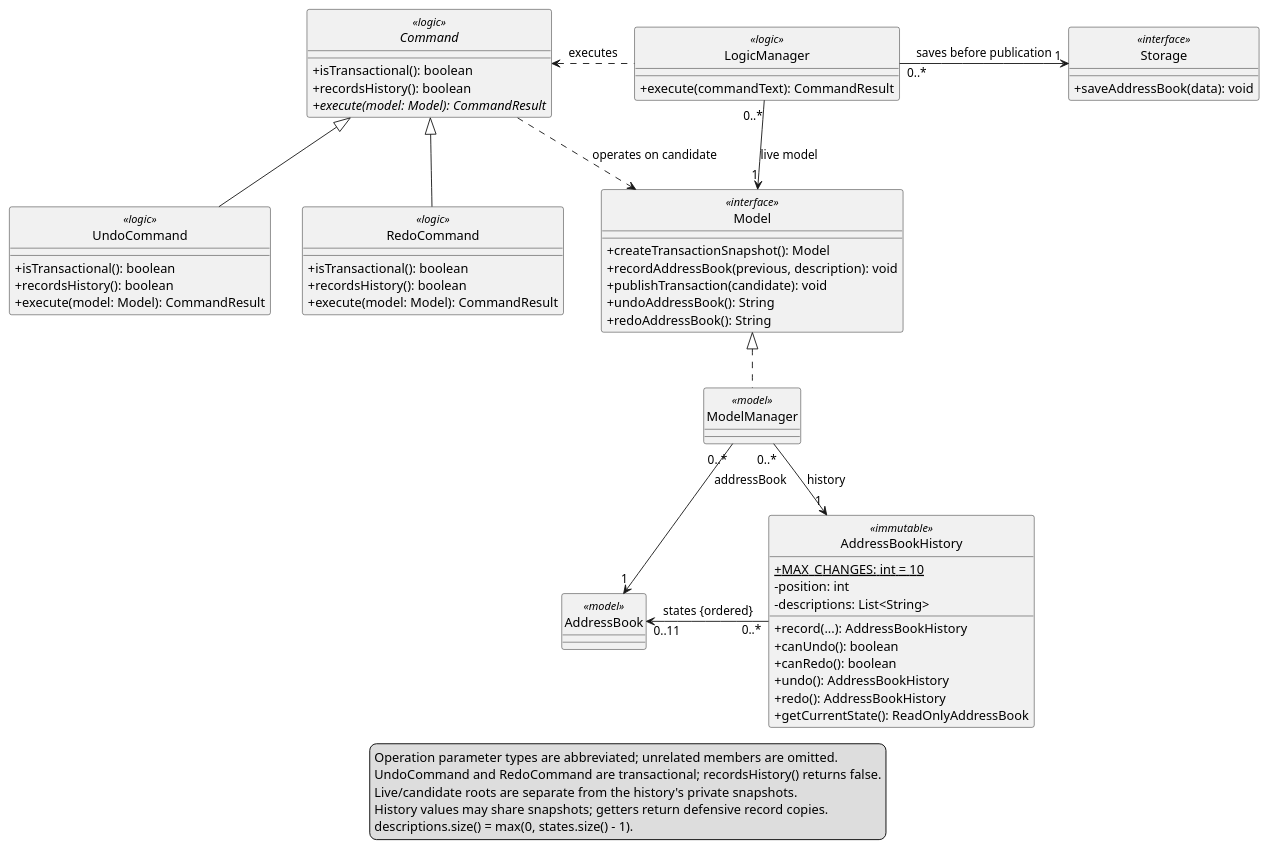
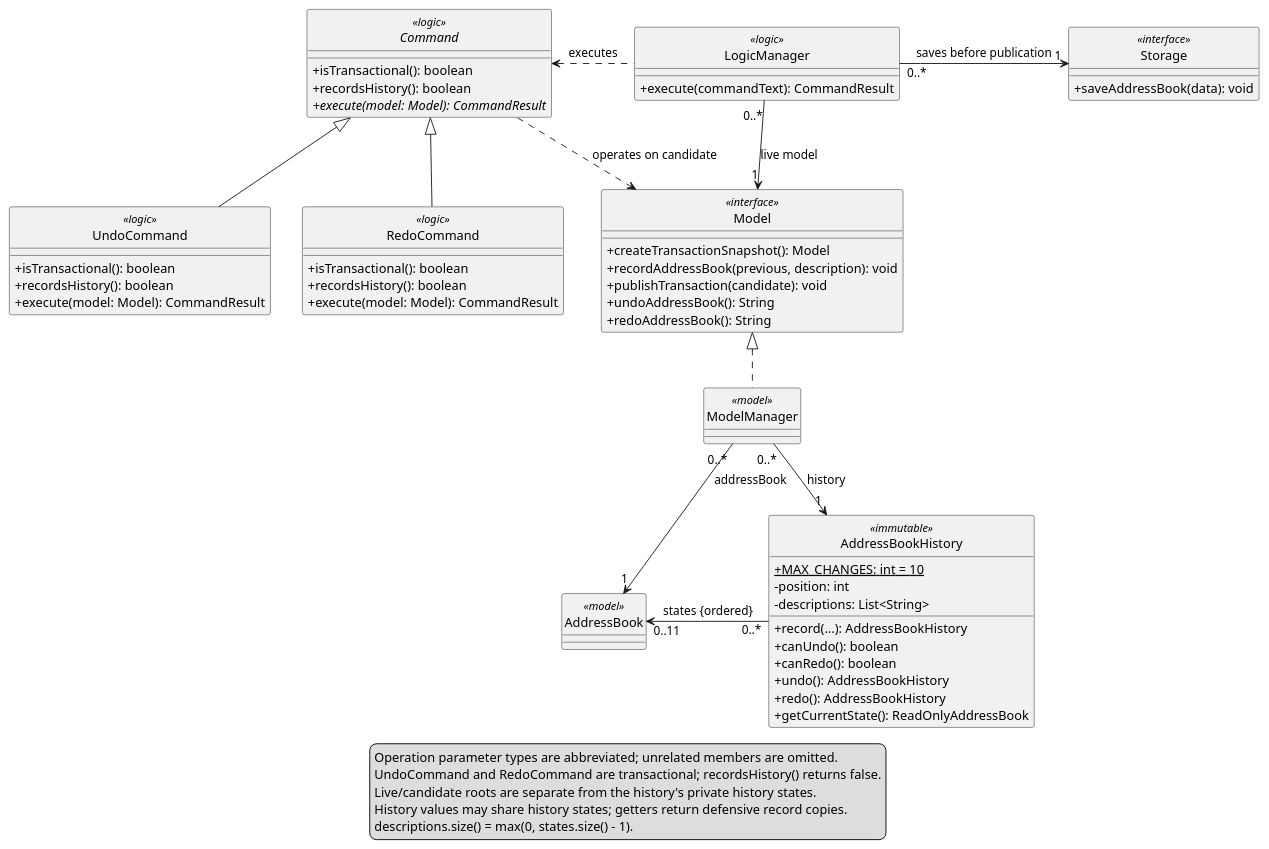
The diagram in diagrams/UndoRedoClassDiagram.puml (AY2627S1-CS2103T-F15-2/tp), drawn with PlantUML before and after one commit. The commit also changed 107 other files, not shown here.

```diff
--- a/diagrams/UndoRedoClassDiagram.puml
+++ b/diagrams/UndoRedoClassDiagram.puml
@@ -1,67 +1,67 @@
 @startuml
 skinparam shadowing false
 skinparam defaultFontName Arial
 skinparam classAttributeIconSize 0
 hide circle
 
 class LogicManager <<logic>> {
   + execute(commandText): CommandResult
 }
 abstract class Command <<logic>> {
   + isTransactional(): boolean
   + recordsHistory(): boolean
   {abstract} + execute(model: Model): CommandResult
 }
 class UndoCommand <<logic>> {
   + isTransactional(): boolean
   + recordsHistory(): boolean
   + execute(model: Model): CommandResult
 }
 class RedoCommand <<logic>> {
   + isTransactional(): boolean
   + recordsHistory(): boolean
   + execute(model: Model): CommandResult
 }
 class Storage <<interface>> {
   + saveAddressBook(data): void
 }
 class Model <<interface>> {
   + createTransactionSnapshot(): Model
   + recordAddressBook(previous, description): void
   + publishTransaction(candidate): void
   + undoAddressBook(): String
   + redoAddressBook(): String
 }
 class ModelManager <<model>>
 class AddressBook <<model>>
 class AddressBookHistory <<immutable>> {
   {static} + MAX_CHANGES: int = 10
   - position: int
   - descriptions: List<String>
   + record(...): AddressBookHistory
   + canUndo(): boolean
   + canRedo(): boolean
   + undo(): AddressBookHistory
   + redo(): AddressBookHistory
   + getCurrentState(): ReadOnlyAddressBook
 }
 
 UndoCommand -up-|> Command
 RedoCommand -up-|> Command
 LogicManager .left.> Command : executes
 LogicManager "0..*" -down-> "1" Model : live model
 LogicManager "0..*" -right-> "1" Storage : saves before publication
 Command ..> Model : operates on candidate
 ModelManager .up.|> Model
 ModelManager "0..*" -down-> "1" AddressBook : addressBook
 ModelManager "0..*" -right-> "1" AddressBookHistory : history
 AddressBookHistory "0..*" -left-> "0..11" AddressBook : states {ordered}
 
 legend bottom
   Operation parameter types are abbreviated; unrelated members are omitted.
   UndoCommand and RedoCommand are transactional; recordsHistory() returns false.
-  Live/candidate roots are separate from the history's private snapshots.
-  History values may share snapshots; getters return defensive record copies.
+  Live/candidate roots are separate from the history's private history states.
+  History values may share history states; getters return defensive record copies.
   descriptions.size() = max(0, states.size() - 1).
 endlegend
 @enduml
```
